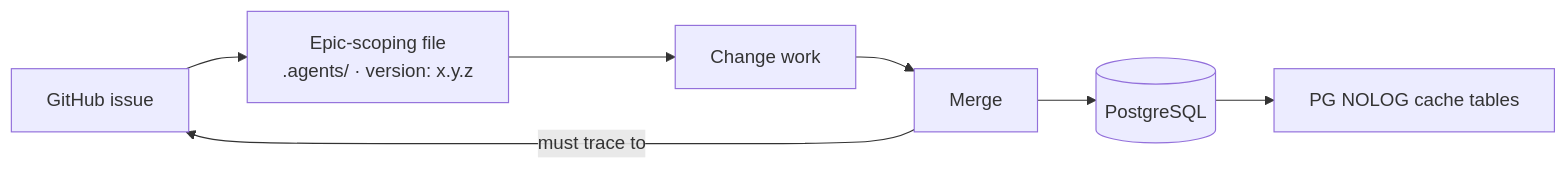
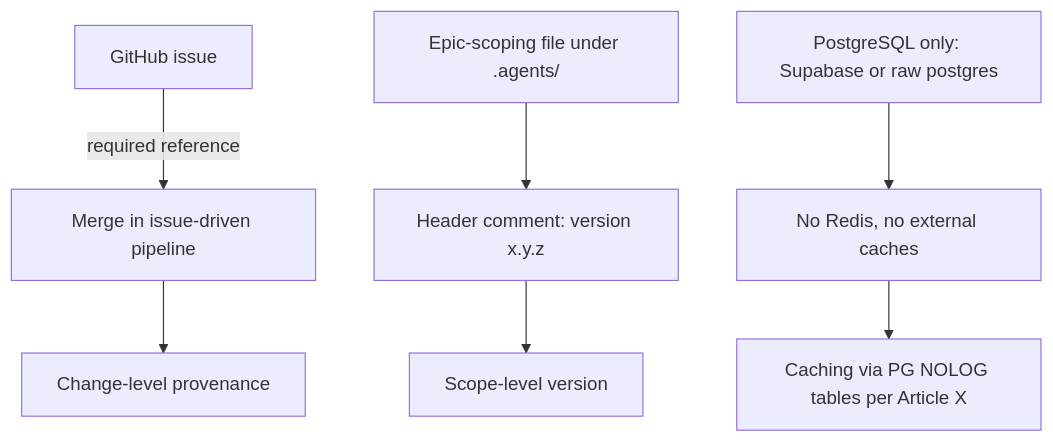
Before and after one commit to hybridindie/wiki-fabric: the diagram in wiki/topics/versioning.md, drawn with Mermaid. The commit also changed other lines of this file and 43 other files, not shown here.

````diff
--- a/wiki/topics/versioning.md
+++ b/wiki/topics/versioning.md
@@ -22,9 +26,9 @@
 ```mermaid
-flowchart LR
-    A[GitHub issue] --> B["Epic-scoping file<br/>.agents/ · version: x.y.z"]
-    B --> C[Change work]
-    C --> D[Merge]
-    D -->|must trace to| A
-    D --> E[(PostgreSQL)]
-    E --> F[PG NOLOG cache tables]
+flowchart TD
+    A[GitHub issue] -->|required reference| B[Merge in issue-driven pipeline]
+    B --> C[Change-level provenance]
+    D[Epic-scoping file under .agents/] --> E[Header comment: version x.y.z]
+    E --> F[Scope-level version]
+    G[PostgreSQL only: Supabase or raw postgres] --> H[No Redis, no external caches]
+    H --> I[Caching via PG NOLOG tables per Article X]
 ```
````
